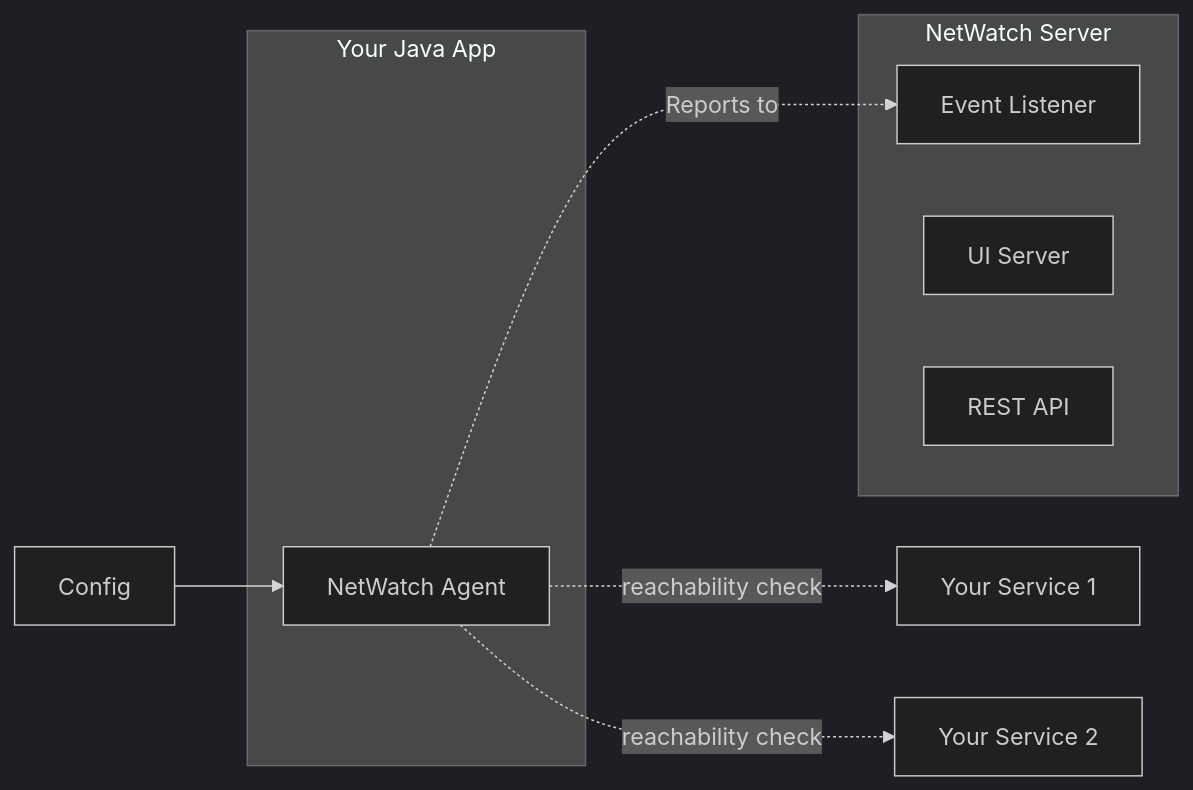
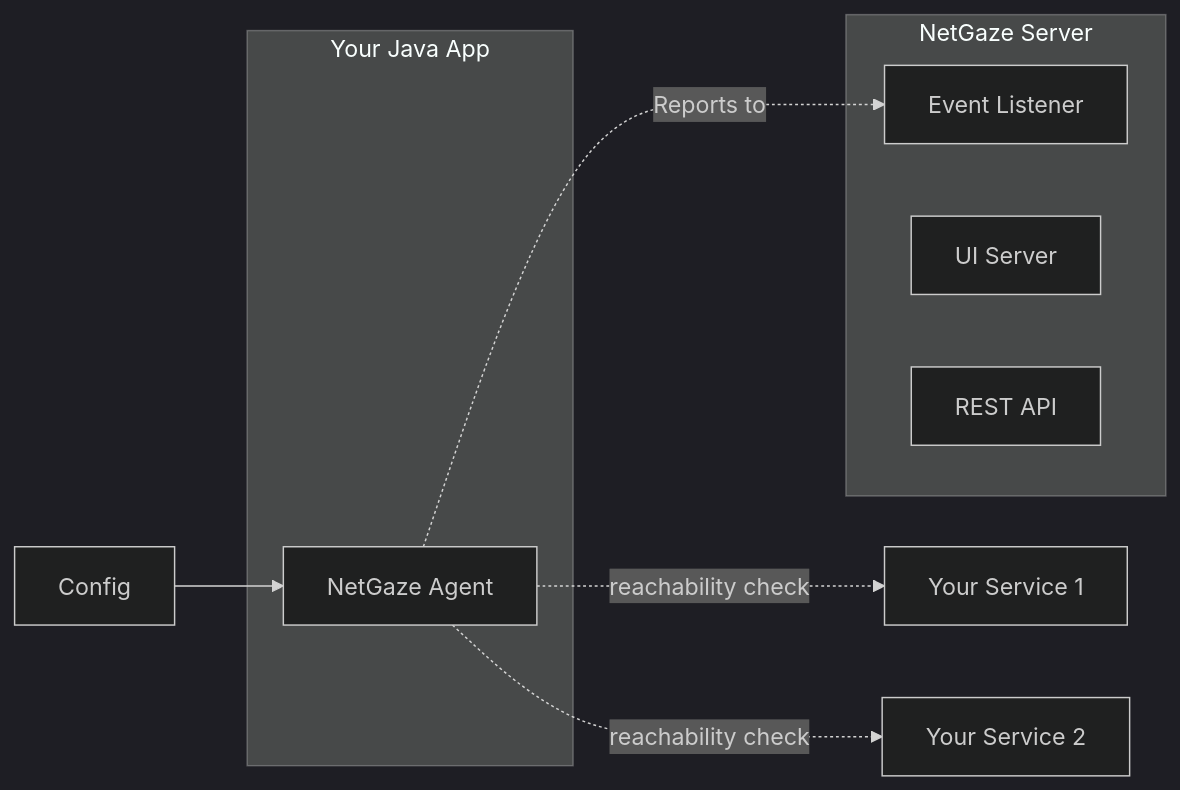
The diagram in README.md (NetGaze/NetGaze), drawn with Mermaid (dark theme) before and after one commit. The commit also changed other lines of this file, not shown here.

````diff
--- a/README.md
+++ b/README.md
@@ -14,21 +14,21 @@
 ```mermaid
 flowchart LR
     cfg["Config"]
-    lib["NetWatch Agent"]
+    lib["NetGaze Agent"]
     svc1["Your Service 1"]
     svc2["Your Service 2"]
     lib -. reachability check .-> svc1
     lib -. reachability check .-> svc2
     lib -. Reports to .-> listener
 
     subgraph app["Your Java App"]
         lib
     end
-    subgraph server["NetWatch Server"]
+    subgraph server["NetGaze Server"]
         ui["UI Server"]
         rest["REST API"]
         listener["Event Listener"]
     end
 
     cfg --> lib
 ```
````
